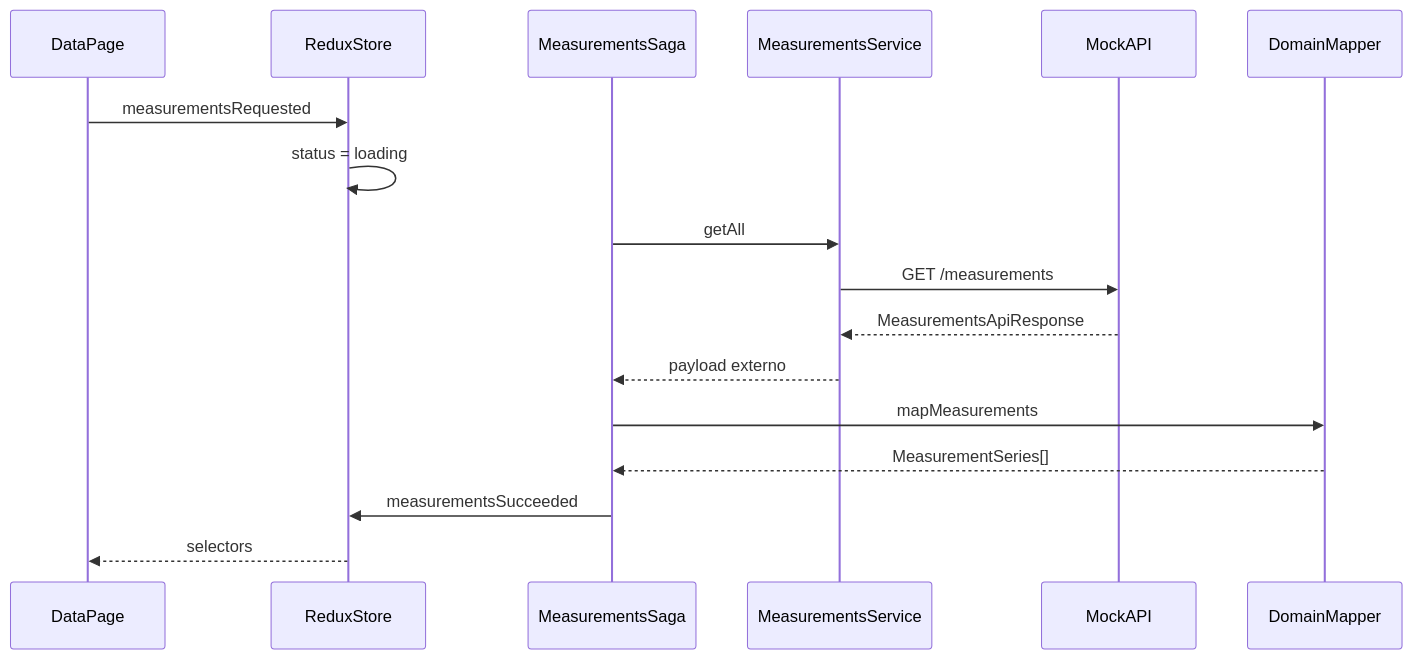
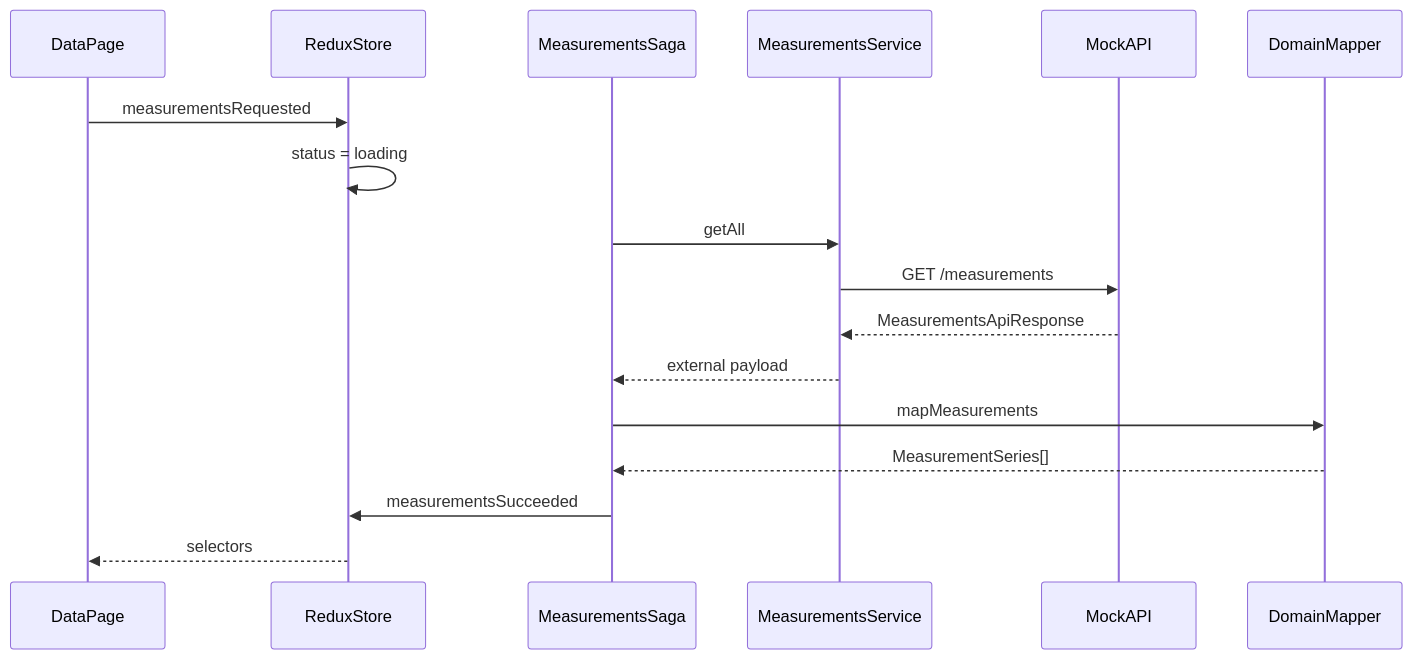
One commit to dynamox-s-a/developer-challenges changed the first of 4 diagrams in docs/architecture.md. Above: the diagram before and after it, drawn with Mermaid. The commit also changed other lines of this file and 9 other files, not shown here.

````diff
--- a/docs/architecture.md
+++ b/docs/architecture.md
@@ -55,20 +55,20 @@
 ```mermaid
 sequenceDiagram
     participant Page as DataPage
     participant Store as ReduxStore
     participant Saga as MeasurementsSaga
     participant Service as MeasurementsService
     participant Api as MockAPI
     participant Mapper as DomainMapper
 
     Page->>Store: measurementsRequested
     Store->>Store: status = loading
     Saga->>Service: getAll
     Service->>Api: GET /measurements
     Api-->>Service: MeasurementsApiResponse
-    Service-->>Saga: payload externo
+    Service-->>Saga: external payload
     Saga->>Mapper: mapMeasurements
     Mapper-->>Saga: MeasurementSeries[]
     Saga->>Store: measurementsSucceeded
     Store-->>Page: selectors
 ```
````
